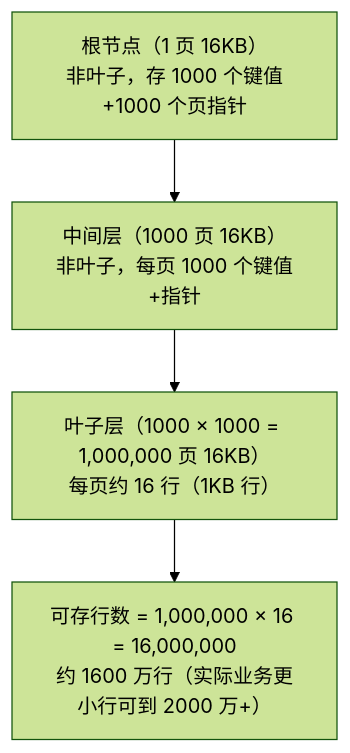
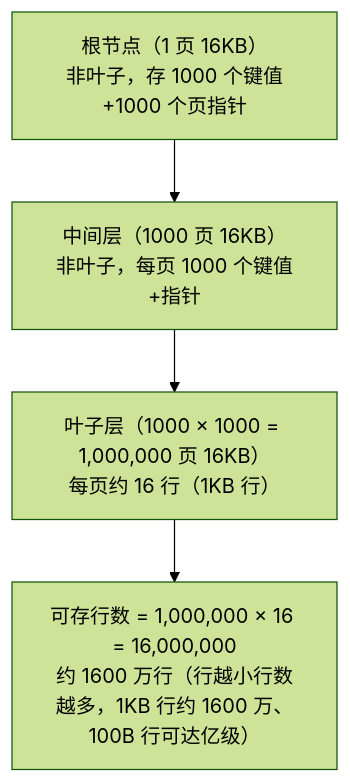
One commit to yintp/glory changed the first of 3 diagrams in middleware/mysql/01-index/index-and-optimization.md. Above: the diagram before and after it, drawn with Mermaid (forest theme). The commit also changed other lines of this file, not shown here.

````diff
--- a/middleware/mysql/01-index/index-and-optimization.md
+++ b/middleware/mysql/01-index/index-and-optimization.md
@@ -104,6 +104,6 @@
 ```mermaid
 flowchart TD
     A["根节点（1 页 16KB）<br/>非叶子，存 1000 个键值+1000 个页指针"] --> B["中间层（1000 页 16KB）<br/>非叶子，每页 1000 个键值+指针"]
     B --> C["叶子层（1000 × 1000 = 1,000,000 页 16KB）<br/>每页约 16 行（1KB 行）"]
-    C --> D["可存行数 = 1,000,000 × 16 = 16,000,000<br/>约 1600 万行（实际业务更小行可到 2000 万+）"]
+    C --> D["可存行数 = 1,000,000 × 16 = 16,000,000<br/>约 1600 万行（行越小行数越多，1KB 行约 1600 万、100B 行可达亿级）"]
 ```
````
